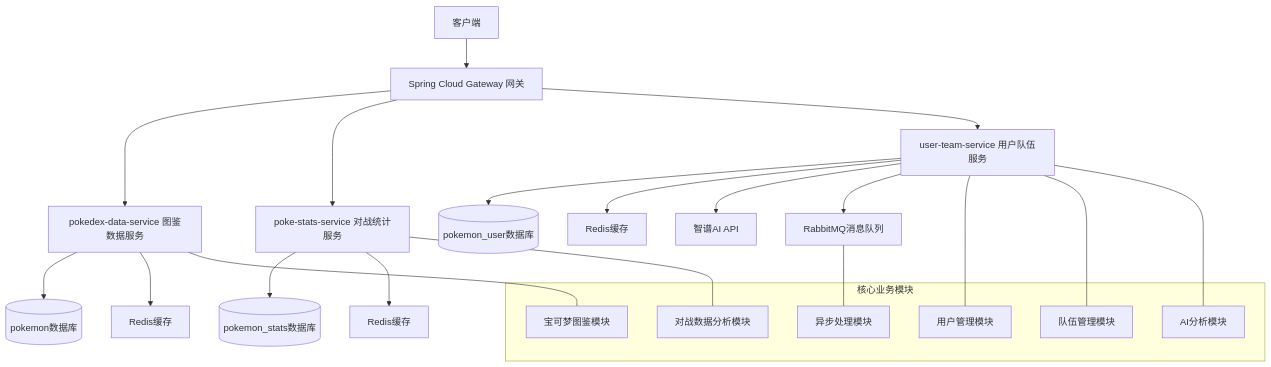
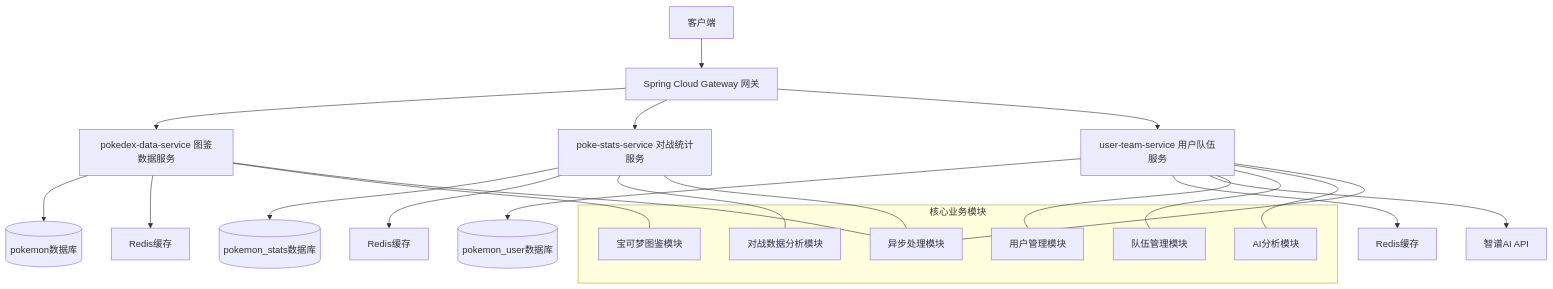
One commit to ikun0731/pokeanalytics-backend changed the diagram in README.md. Above: the diagram before and after it, drawn with Mermaid. The commit also changed other lines of this file, not shown here.

````diff
--- a/README.md
+++ b/README.md
@@ -116,35 +148,36 @@
 ```mermaid
 graph TD
     A[客户端] --> B[Spring Cloud Gateway 网关]
     
     B --> C[pokedex-data-service 图鉴数据服务]
     B --> D[poke-stats-service 对战统计服务]
     B --> E[user-team-service 用户队伍服务]
     
     C --> F[(pokemon数据库)]
     D --> G[(pokemon_stats数据库)]
     E --> H[(pokemon_user数据库)]
     
     C --> I[Redis缓存]
     D --> J[Redis缓存]
     E --> K[Redis缓存]
     
     E --> L[智谱AI API]
-    E --> M[RabbitMQ消息队列]
     
     subgraph 核心业务模块
     N[宝可梦图鉴模块]
     O[对战数据分析模块]
     P[用户管理模块]
     Q[队伍管理模块]
     R[AI分析模块]
     S[异步处理模块]
     end
 
     C --- N
     D --- O
     E --- P
     E --- Q
     E --- R
-    M --- S
+    C --- S
+    D --- S
+    E --- S
 ```
````
